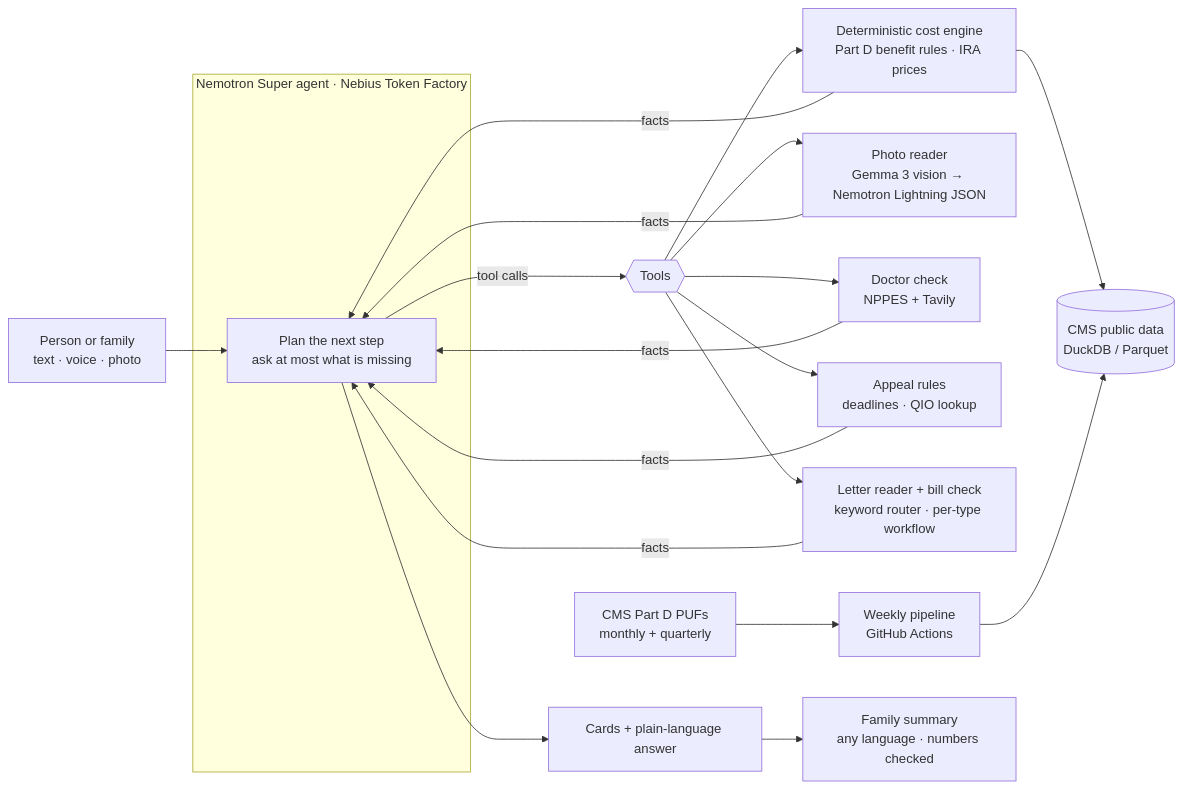
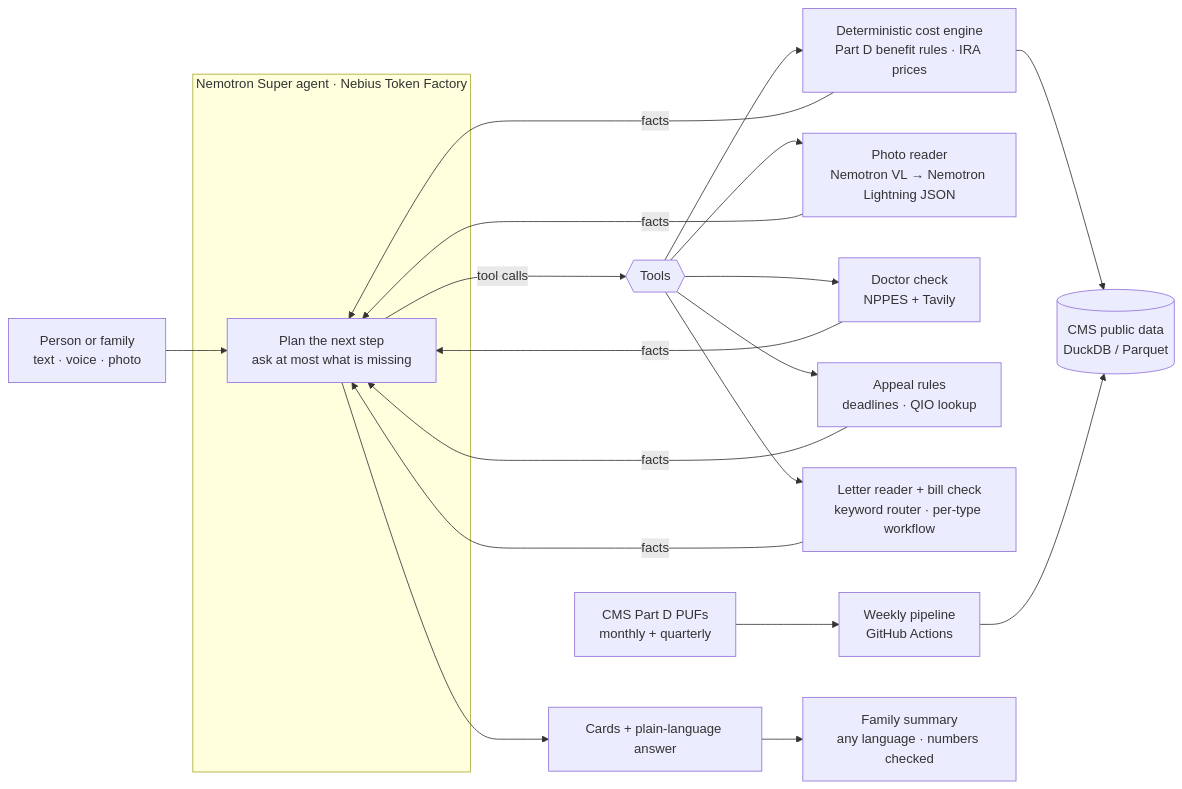
Before and after one commit to danhe6/medicare-aep-agent: the diagram in README.md, drawn with Mermaid. The commit also changed other lines of this file and 32 other files, not shown here.

````diff
--- a/README.md
+++ b/README.md
@@ -77,18 +77,18 @@
 ```mermaid
 flowchart LR
     U[Person or family<br/>text · voice · photo] --> A
     subgraph Agent [Nemotron Super agent · Nebius Token Factory]
       A[Plan the next step<br/>ask at most what is missing]
     end
     A -- tool calls --> T{{Tools}}
     T --> E[Deterministic cost engine<br/>Part D benefit rules · IRA prices]
-    T --> V[Photo reader<br/>Gemma 3 vision → Nemotron Lightning JSON]
+    T --> V[Photo reader<br/>Nemotron VL → Nemotron Lightning JSON]
     T --> D[Doctor check<br/>NPPES + Tavily]
     T --> R[Appeal rules<br/>deadlines · QIO lookup]
     T --> L[Letter reader + bill check<br/>keyword router · per-type workflow]
     E --> DB[(CMS public data<br/>DuckDB / Parquet)]
     P[CMS Part D PUFs<br/>monthly + quarterly] --> PL[Weekly pipeline<br/>GitHub Actions] --> DB
     E & V & D & R & L -- facts --> A
     A --> C[Cards + plain-language answer]
     C --> S[Family summary<br/>any language · numbers checked]
 ```
````
